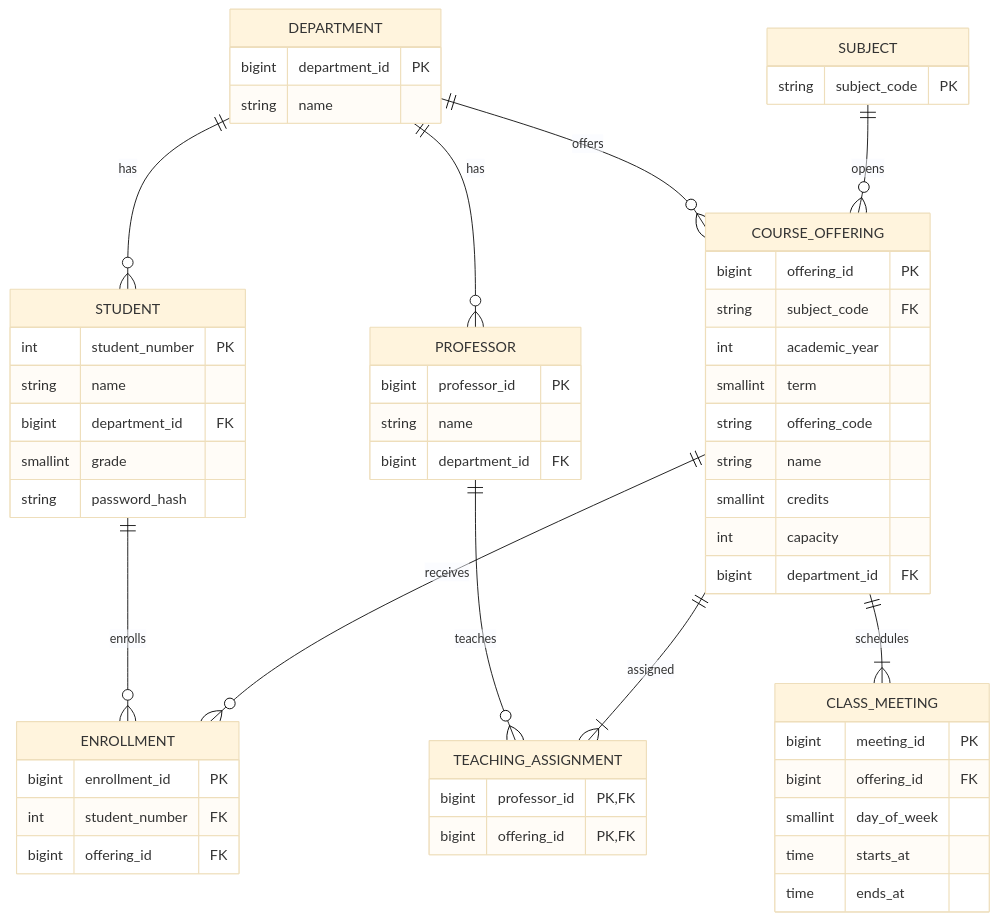
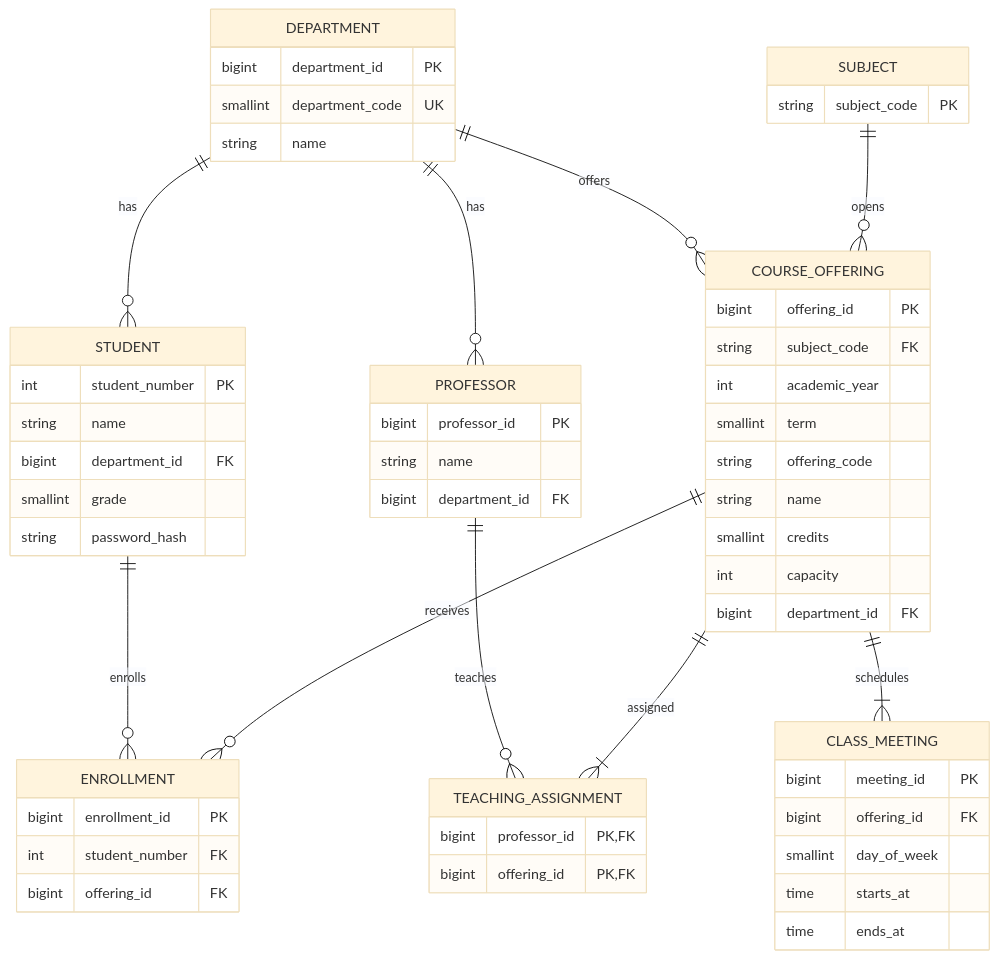
The diagram in docs/DATA_MODEL.md (Doroddi/Course-Registration-System), drawn with Mermaid (base theme) before and after one commit. The commit also changed other lines of this file and 47 other files, not shown here.

````diff
--- a/docs/DATA_MODEL.md
+++ b/docs/DATA_MODEL.md
@@ -7,59 +7,60 @@
 ```mermaid
 erDiagram
     DEPARTMENT ||--o{ STUDENT : has
     DEPARTMENT ||--o{ PROFESSOR : has
     DEPARTMENT ||--o{ COURSE_OFFERING : offers
     SUBJECT ||--o{ COURSE_OFFERING : opens
     COURSE_OFFERING ||--|{ CLASS_MEETING : schedules
     STUDENT ||--o{ ENROLLMENT : enrolls
     COURSE_OFFERING ||--o{ ENROLLMENT : receives
     PROFESSOR ||--o{ TEACHING_ASSIGNMENT : teaches
     COURSE_OFFERING ||--|{ TEACHING_ASSIGNMENT : assigned
 
     DEPARTMENT {
         bigint department_id PK
+        smallint department_code UK
         string name
     }
     STUDENT {
         int student_number PK
         string name
         bigint department_id FK
         smallint grade
         string password_hash
     }
     PROFESSOR {
         bigint professor_id PK
         string name
         bigint department_id FK
     }
     SUBJECT {
         string subject_code PK
     }
     COURSE_OFFERING {
         bigint offering_id PK
         string subject_code FK
         int academic_year
         smallint term
         string offering_code
         string name
         smallint credits
         int capacity
         bigint department_id FK
     }
     CLASS_MEETING {
         bigint meeting_id PK
         bigint offering_id FK
         smallint day_of_week
         time starts_at
         time ends_at
     }
     ENROLLMENT {
         bigint enrollment_id PK
         int student_number FK
         bigint offering_id FK
     }
     TEACHING_ASSIGNMENT {
         bigint professor_id PK,FK
         bigint offering_id PK,FK
     }
 ```
````
